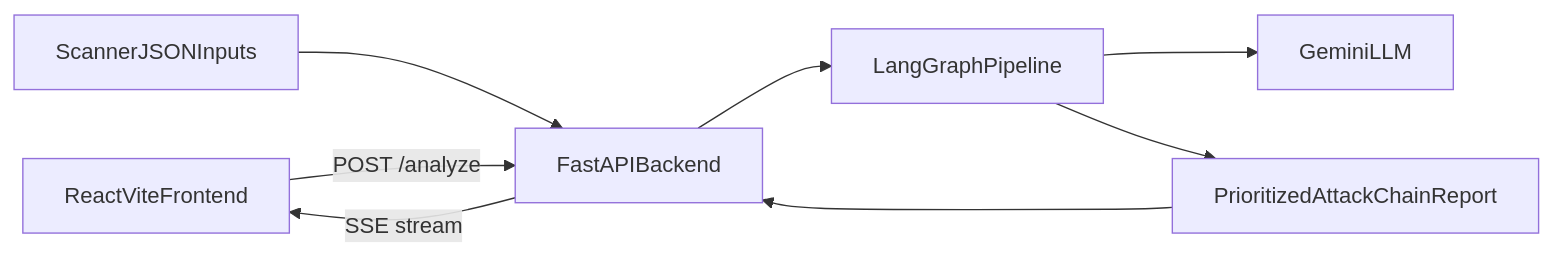
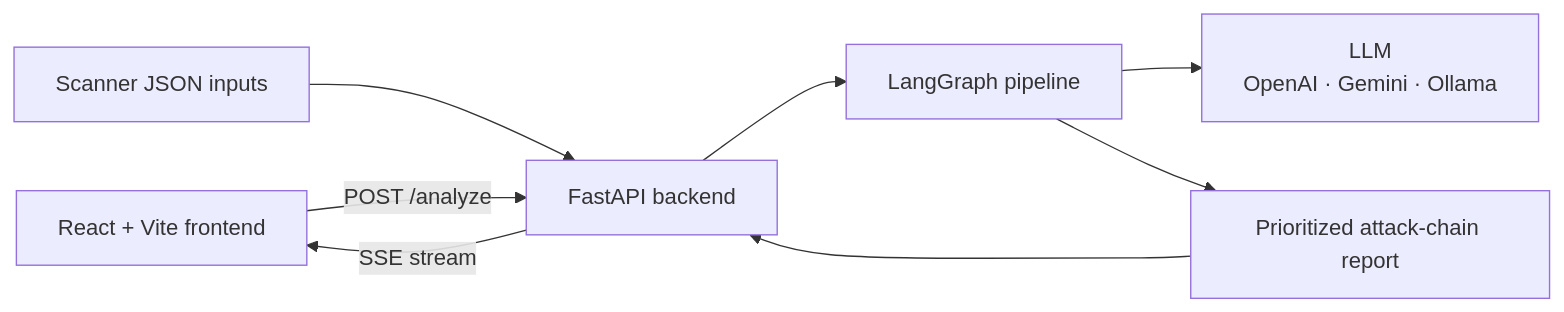
One commit to Troydavis06/CLARA changed the first of 2 diagrams in README.md. Above: the diagram before and after it, drawn with Mermaid. The commit also changed other lines of this file and 1 other file, not shown here.

````diff
--- a/README.md
+++ b/README.md
@@ -39,17 +92,17 @@
 ```mermaid
 flowchart LR
-  browser[ReactViteFrontend]
-  api[FastAPIBackend]
-  langGraphNode[LangGraphPipeline]
-  llm[GeminiLLM]
-  scans[ScannerJSONInputs]
-  output[PrioritizedAttackChainReport]
+  browser[React + Vite frontend]
+  api[FastAPI backend]
+  langGraphNode[LangGraph pipeline]
+  llm[LLM<br/>OpenAI · Gemini · Ollama]
+  scans[Scanner JSON inputs]
+  output[Prioritized attack-chain report]
 
   scans --> api
   browser -->|POST /analyze| api
   api -->|SSE stream| browser
   api --> langGraphNode
   langGraphNode --> llm
   langGraphNode --> output
   output --> api
 ```
````
